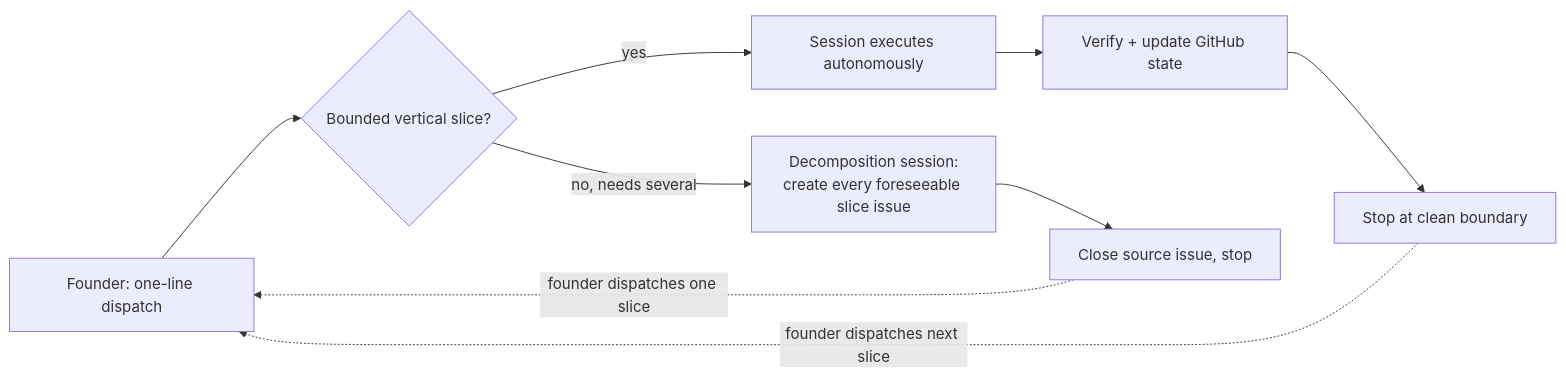
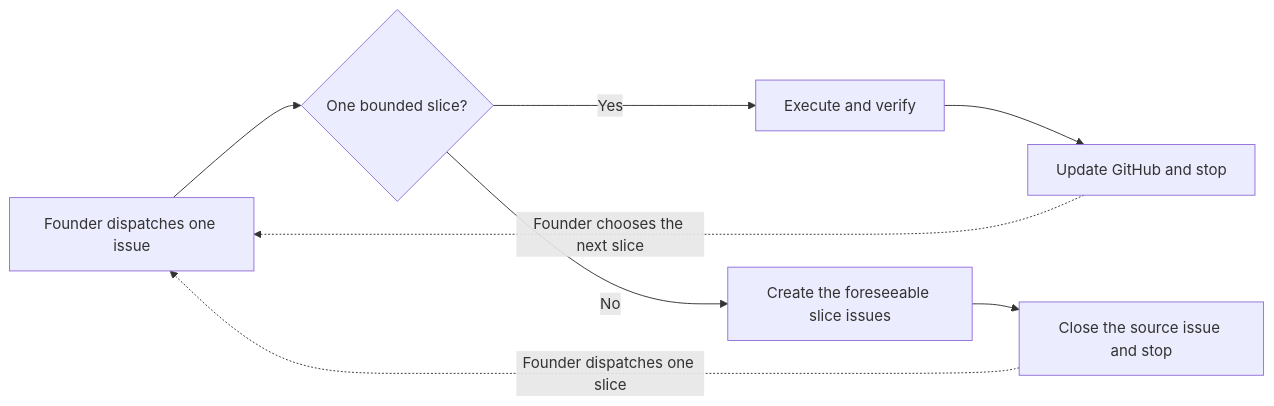
One commit to LouPineWays/Loop-Dee-Loup changed the diagram in README.md. Above: the diagram before and after it, drawn with Mermaid. The commit also changed other lines of this file and 1 other file, not shown here.

````diff
--- a/README.md
+++ b/README.md
@@ -17,11 +13,10 @@
 ```mermaid
 flowchart LR
-    A["Founder: one-line dispatch"] --> B{"Bounded vertical slice?"}
-    B -- yes --> C["Session executes autonomously"]
-    C --> D["Verify + update GitHub state"]
-    D --> E["Stop at clean boundary"]
-    B -- "no, needs several" --> F["Decomposition session:\ncreate every foreseeable slice issue"]
-    F --> G["Close source issue, stop"]
-    E -.founder dispatches next slice.-> A
-    G -.founder dispatches one slice.-> A
+    A["Founder dispatches one issue"] --> B{"One bounded slice?"}
+    B -- Yes --> C["Execute and verify"]
+    C --> D["Update GitHub and stop"]
+    B -- No --> E["Create the foreseeable slice issues"]
+    E --> F["Close the source issue and stop"]
+    D -. "Founder chooses the next slice" .-> A
+    F -. "Founder dispatches one slice" .-> A
 ```
````
